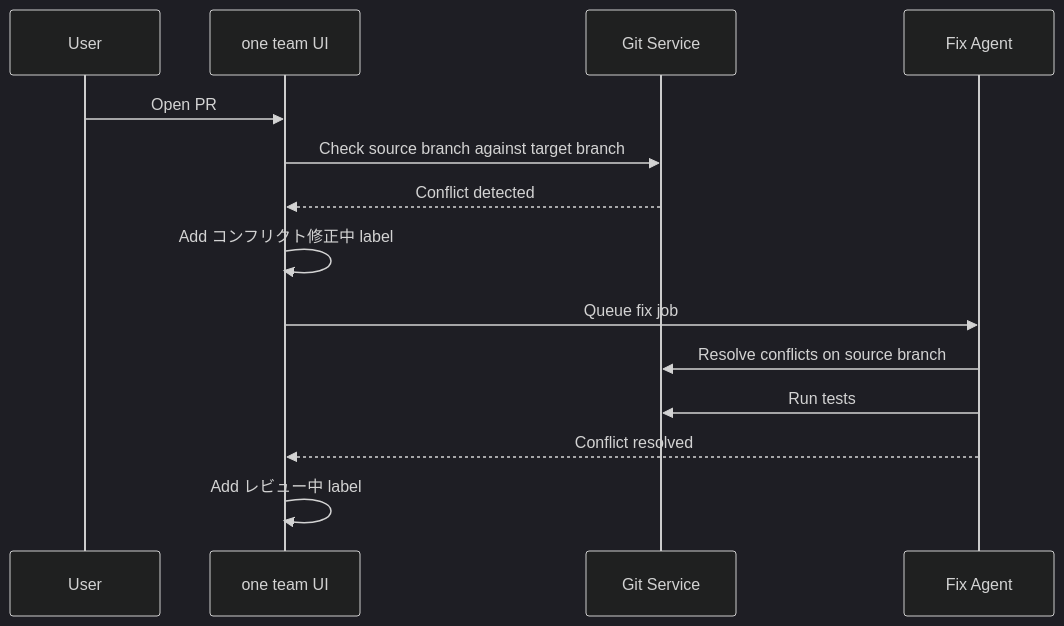
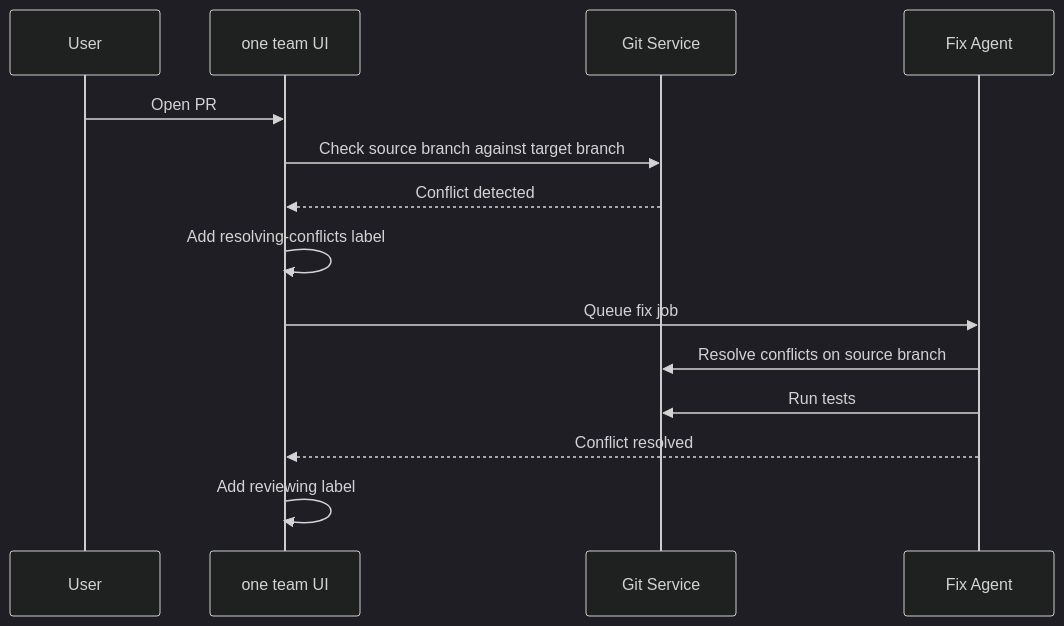
The fourth of 4 diagrams in docs/04-agent-job-state-machine.md (pluswing/oneteam), drawn with Mermaid (dark theme) before and after one commit. The commit also changed other lines of this file and 24 other files, not shown here.

````diff
--- a/docs/04-agent-job-state-machine.md
+++ b/docs/04-agent-job-state-machine.md
@@ -187,17 +187,17 @@
 ```mermaid
 sequenceDiagram
   participant U as User
   participant UI as one team UI
   participant G as Git Service
   participant A as Fix Agent
 
   U->>UI: Open PR
   UI->>G: Check source branch against target branch
   G-->>UI: Conflict detected
-  UI->>UI: Add コンフリクト修正中 label
+  UI->>UI: Add resolving-conflicts label
   UI->>A: Queue fix job
   A->>G: Resolve conflicts on source branch
   A->>G: Run tests
   A-->>UI: Conflict resolved
-  UI->>UI: Add レビュー中 label
+  UI->>UI: Add reviewing label
 ```
````
